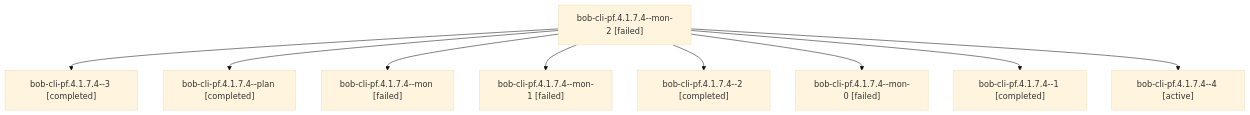
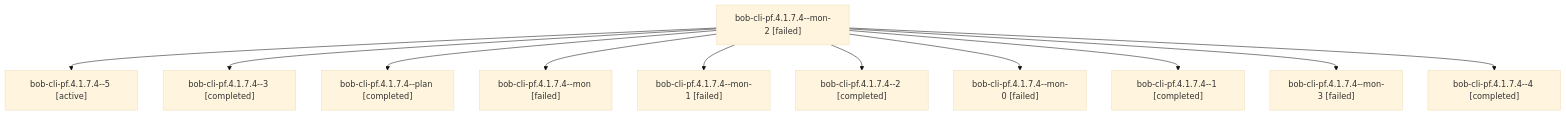
Before and after one commit to bobs-org/bob-cli--agents: the diagram in sessions/bbugyi200.apollo.bob-cli-pf.4.1.7.4.md, drawn with Mermaid (base theme). The commit also changed other lines of this file and 119 other files, not shown here.

````diff
--- a/sessions/bbugyi200.apollo.bob-cli-pf.4.1.7.4.md
+++ b/sessions/bbugyi200.apollo.bob-cli-pf.4.1.7.4.md
@@ -9,20 +9,24 @@
 ```mermaid
 flowchart TD
   n0["bob-cli-pf.4.1.7.4--mon-2 [failed]"]
-  n1["bob-cli-pf.4.1.7.4--3 [completed]"]
+  n1["bob-cli-pf.4.1.7.4--5 [active]"]
   n0 --> n1
-  n2["bob-cli-pf.4.1.7.4--plan [completed]"]
+  n2["bob-cli-pf.4.1.7.4--3 [completed]"]
   n0 --> n2
-  n3["bob-cli-pf.4.1.7.4--mon [failed]"]
+  n3["bob-cli-pf.4.1.7.4--plan [completed]"]
   n0 --> n3
-  n4["bob-cli-pf.4.1.7.4--mon-1 [failed]"]
+  n4["bob-cli-pf.4.1.7.4--mon [failed]"]
   n0 --> n4
-  n5["bob-cli-pf.4.1.7.4--2 [completed]"]
+  n5["bob-cli-pf.4.1.7.4--mon-1 [failed]"]
   n0 --> n5
-  n6["bob-cli-pf.4.1.7.4--mon-0 [failed]"]
+  n6["bob-cli-pf.4.1.7.4--2 [completed]"]
   n0 --> n6
-  n7["bob-cli-pf.4.1.7.4--1 [completed]"]
+  n7["bob-cli-pf.4.1.7.4--mon-0 [failed]"]
   n0 --> n7
-  n8["bob-cli-pf.4.1.7.4--4 [active]"]
+  n8["bob-cli-pf.4.1.7.4--1 [completed]"]
   n0 --> n8
+  n9["bob-cli-pf.4.1.7.4--mon-3 [failed]"]
+  n0 --> n9
+  n10["bob-cli-pf.4.1.7.4--4 [completed]"]
+  n0 --> n10
 ```
````
